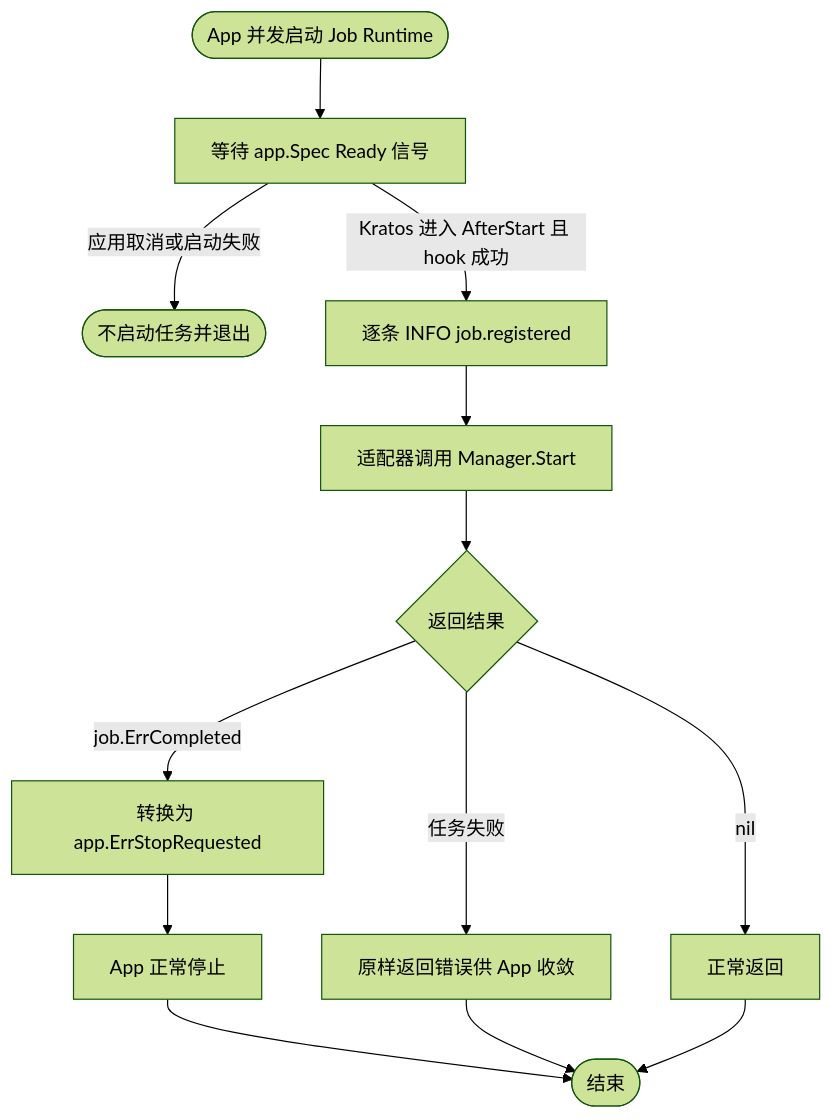
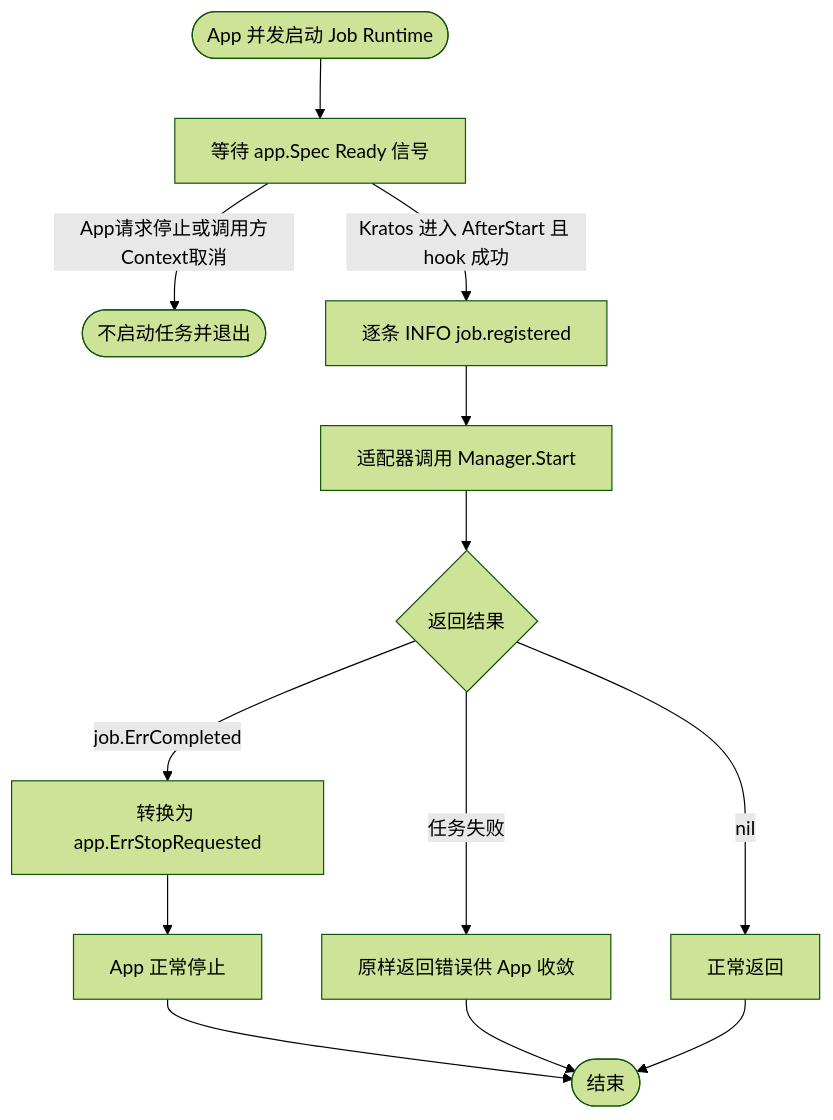
Before and after one commit to jaggerzhuang1994/kratos-foundation: the third of 6 diagrams in pkg/bootstrap/README.md, drawn with Mermaid (forest theme). The commit also changed other lines of this file and 204 other files, not shown here.

````diff
--- a/pkg/bootstrap/README.md
+++ b/pkg/bootstrap/README.md
@@ -169,15 +170,15 @@
 ```mermaid
 flowchart TD
     A([App 并发启动 Job Runtime]) --> B[等待 app.Spec Ready 信号]
-    B -- 应用取消或启动失败 --> H([不启动任务并退出])
+    B -- App请求停止或调用方Context取消 --> H([不启动任务并退出])
     B -- Kratos 进入 AfterStart 且 hook 成功 --> B1[逐条 INFO job.registered]
     B1 --> B2[适配器调用 Manager.Start]
     B2 --> C{返回结果}
     C -- job.ErrCompleted --> D[转换为 app.ErrStopRequested]
     D --> E[App 正常停止]
     C -- 任务失败 --> F[原样返回错误供 App 收敛]
     C -- nil --> G[正常返回]
     E --> I([结束])
     F --> I
     G --> I
 ```
````
